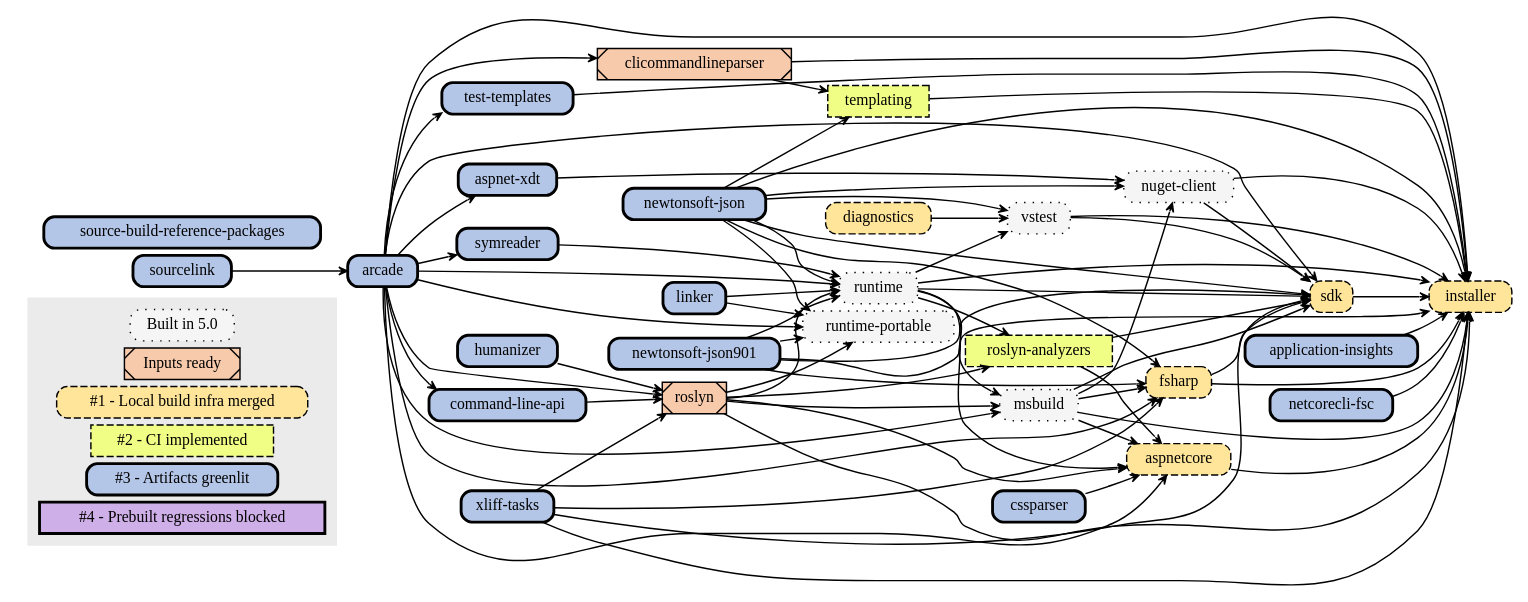
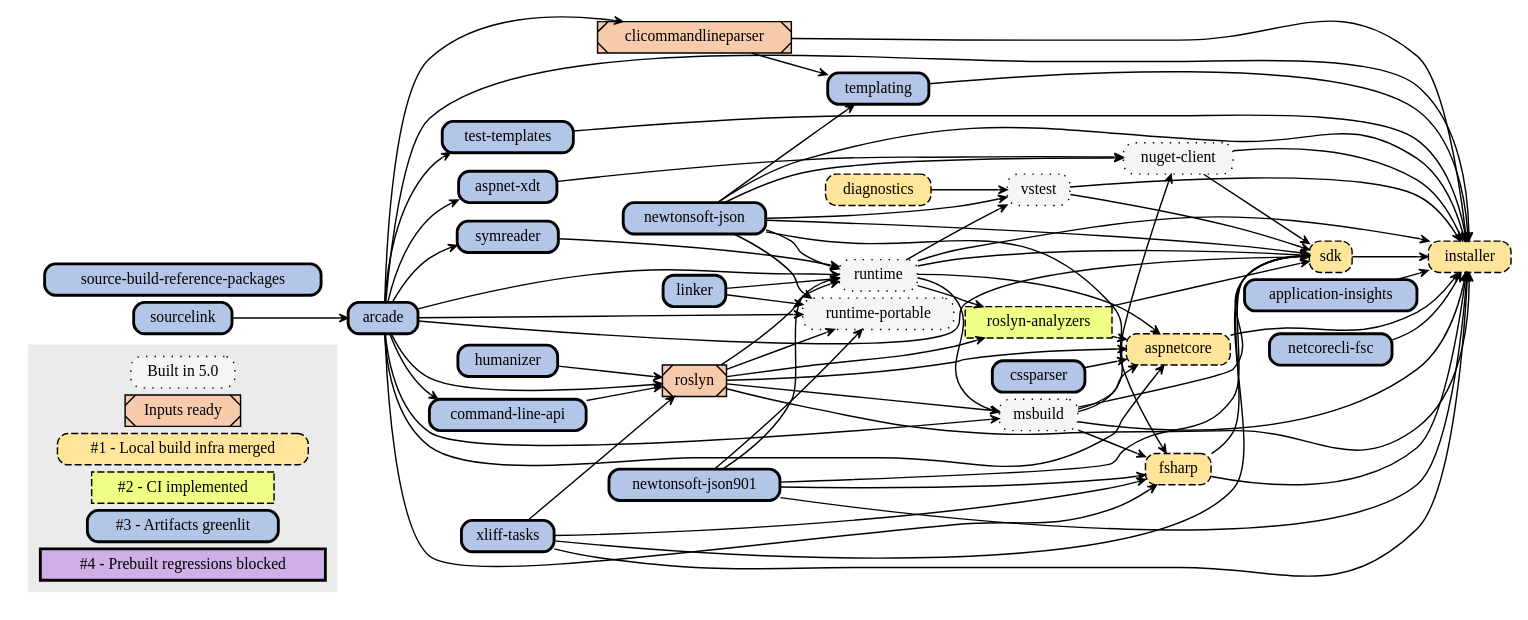
The diagram in Documentation/planning/arcade-powered-source-build/img/implementation-plan-graph.dot (dotnet/source-build), drawn with Graphviz before and after one commit. The commit also changed other lines of this file, not shown here.

```diff
--- a/Documentation/planning/arcade-powered-source-build/img/implementation-plan-graph.dot
+++ b/Documentation/planning/arcade-powered-source-build/img/implementation-plan-graph.dot
@@ -1,148 +1,148 @@
 // dot.exe implementation-plan-graph.dot -Tsvg -o implementation-plan-graph.svg
 
 digraph {
 node[
   shape=rect
   width=0 height=0 margin=0.07
   style=filled
   fontsize=11]
 edge[
   penwidth=1
   arrowsize=0.6
   arrowhead=vee
   pencolor="#444444"]
 rankdir=LR
 nodesep=0.07
 ranksep=0.08
 
 node [fillcolor="#F5F5F5",style="dotted,filled,rounded",tooltip="Built"]
 "pre0"[label="Built in 5.0"]
 "msbuild"
 "nuget-client"
 "runtime-portable"
 "runtime"
 "vstest"
 
 node [fillcolor="#F7CAAC",style="filled,diagonals",tooltip="Inputs ready"]
 "pre1"[label="Inputs ready"]
 "roslyn"
 "clicommandlineparser"
 
 
 node [fillcolor="#FFE599",style="dashed,filled,rounded",tooltip="1"]
 "s1"[label="#1 - Local build infra merged"]
 "aspnetcore"
 "diagnostics"
 "fsharp"
 "installer"
 "sdk"
 
 node [fillcolor="#F0FE86",style="dashed,filled",tooltip="2"]
 "s2"[label="#2 - CI implemented"]
 "roslyn-analyzers"
-"templating"
 
 node [fillcolor="#B4C6E7",style="bold,filled,rounded",tooltip="3"]
 "s3"[label="#3 - Artifacts greenlit"]
 "application-insights"
 "arcade"
 "aspnet-xdt"
 "command-line-api"
 "cssparser"
 "humanizer"
 "linker"
 "netcorecli-fsc"
 "newtonsoft-json"
 "newtonsoft-json901"
 "source-build-reference-packages"
 "sourcelink"
 "symreader"
+"templating"
 "test-templates"
 "xliff-tasks"
 
 node [fillcolor="#CFAFE7",style="bold,filled",tooltip="4"]
 "s4"[label="#4 - Prebuilt regressions blocked"]
 
 // Color all future nodes red. All nodes should be accounted for: red means they need a category.
 node [fillcolor="#FF0000",style=filled]
 
 subgraph clusterLegend {
   style=filled
   color="#ebebeb"
   "pre0" "pre1" "s1" "s2" "s3" "s4"
 }
 
 // Remaining text created by generate-graphviz.proj based on repos/*.proj:
 "sourcelink" -> "arcade"
 "arcade" -> "aspnet-xdt"
 "arcade" -> "aspnetcore"
 "cssparser" -> "aspnetcore"
 "runtime" -> "aspnetcore"
 "msbuild" -> "aspnetcore"
 "roslyn" -> "aspnetcore"
 "roslyn-analyzers" -> "aspnetcore"
 "arcade" -> "clicommandlineparser"
 "arcade" -> "command-line-api"
 "arcade" -> "fsharp"
 "msbuild" -> "fsharp"
 "newtonsoft-json901" -> "fsharp"
 "newtonsoft-json" -> "fsharp"
 "xliff-tasks" -> "fsharp"
 "application-insights" -> "installer"
 "arcade" -> "installer"
 "aspnetcore" -> "installer"
 "clicommandlineparser" -> "installer"
 "fsharp" -> "installer"
 "msbuild" -> "installer"
 "netcorecli-fsc" -> "installer"
 "newtonsoft-json" -> "installer"
 "newtonsoft-json901" -> "installer"
 "nuget-client" -> "installer"
 "roslyn" -> "installer"
 "runtime" -> "installer"
 "sdk" -> "installer"
 "templating" -> "installer"
 "test-templates" -> "installer"
 "vstest" -> "installer"
 "xliff-tasks" -> "installer"
 "arcade" -> "msbuild"
 "runtime" -> "msbuild"
 "roslyn" -> "msbuild"
 "newtonsoft-json" -> "nuget-client"
 "msbuild" -> "nuget-client"
 "aspnet-xdt" -> "nuget-client"
 "runtime" -> "roslyn-analyzers"
 "roslyn" -> "roslyn-analyzers"
 "arcade" -> "roslyn"
 "command-line-api" -> "roslyn"
 "humanizer" -> "roslyn"
 "xliff-tasks" -> "roslyn"
 "arcade" -> "runtime-portable"
 "linker" -> "runtime-portable"
 "newtonsoft-json" -> "runtime-portable"
 "newtonsoft-json901" -> "runtime-portable"
 "roslyn" -> "runtime-portable"
 "arcade" -> "runtime"
 "symreader" -> "runtime"
 "linker" -> "runtime"
 "newtonsoft-json" -> "runtime"
 "newtonsoft-json901" -> "runtime"
 "roslyn" -> "runtime"
 "arcade" -> "sdk"
 "xliff-tasks" -> "sdk"
 "runtime" -> "sdk"
 "msbuild" -> "sdk"
 "newtonsoft-json" -> "sdk"
 "newtonsoft-json901" -> "sdk"
 "nuget-client" -> "sdk"
 "roslyn-analyzers" -> "sdk"
 "vstest" -> "sdk"
 "fsharp" -> "sdk"
 "arcade" -> "symreader"
 "clicommandlineparser" -> "templating"
 "newtonsoft-json" -> "templating"
 "arcade" -> "test-templates"
 "diagnostics" -> "vstest"
 "runtime" -> "vstest"
 "newtonsoft-json" -> "vstest"
 }
```
